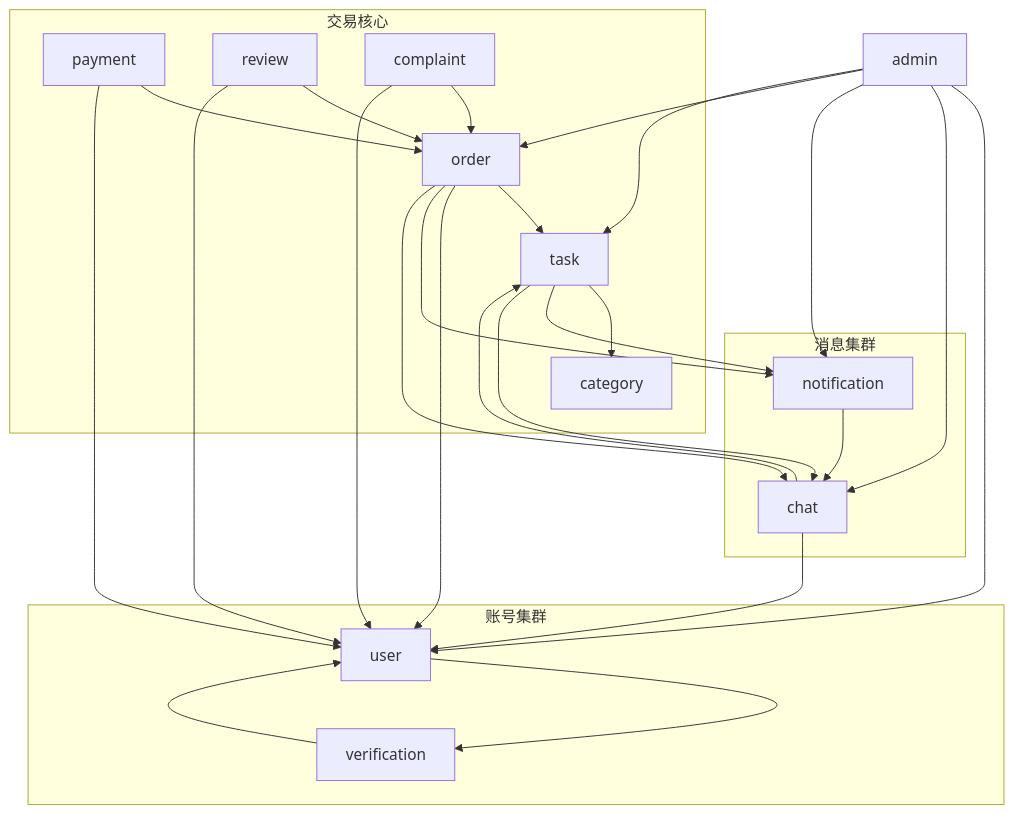
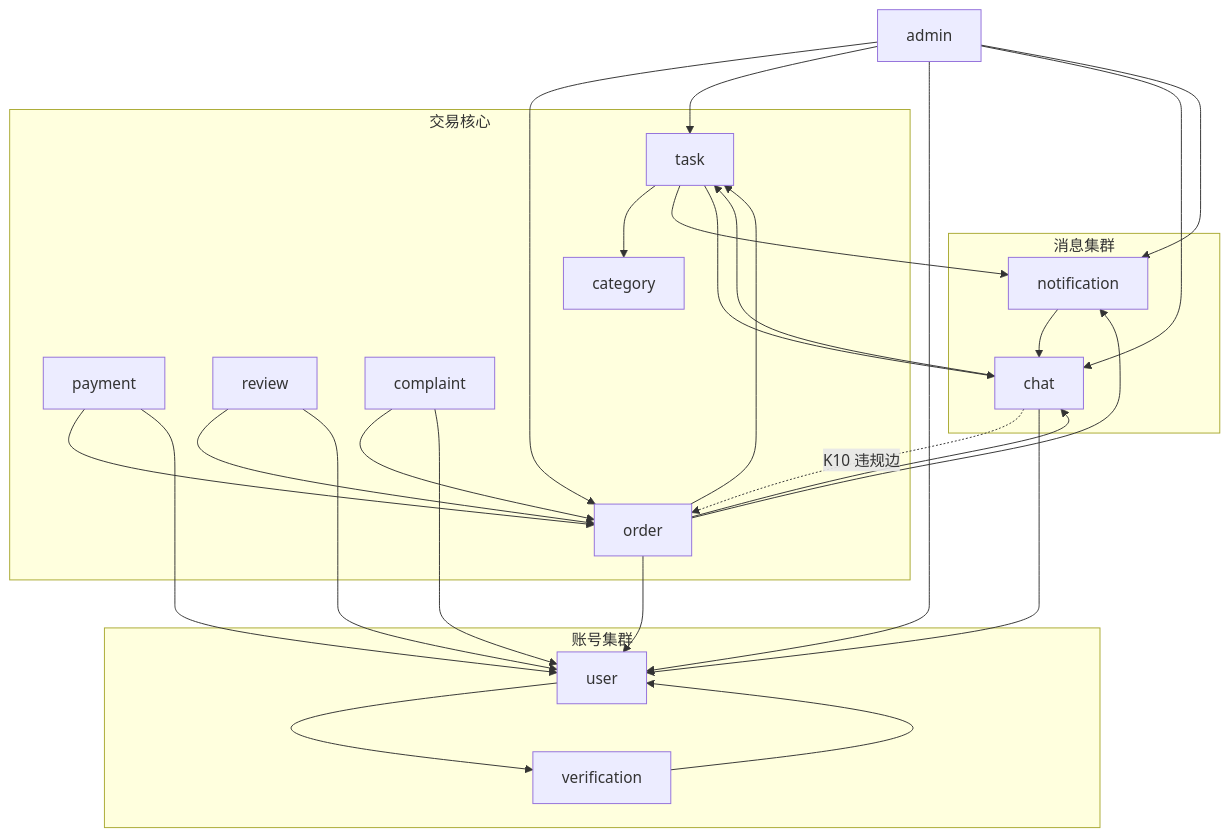
The diagram in docs/Engineer/架构文档.md (KasuAri27/CampusHub), drawn with Mermaid before and after one commit. The commit also changed other lines of this file and 1 other file, not shown here.

Commit message:
docs: 写入解耦契约修订

````diff
--- a/docs/Engineer/架构文档.md
+++ b/docs/Engineer/架构文档.md
@@ -62,32 +62,33 @@
 ```mermaid
 graph TD
   subgraph 交易核心
     task --> category
     order --> task
     payment --> order
     review --> order
     complaint --> order
   end
   subgraph 消息集群
     notification --> chat
   end
   subgraph 账号集群
     user --> verification
     verification --> user
   end
   order --> user
   order --> notification
   order --> chat
   task --> notification
   task --> chat
   payment --> user
   review --> user
   complaint --> user
   chat --> task
+  chat -.->|K10 违规边| order
   chat --> user
   admin --> order
   admin --> task
   admin --> user
   admin --> chat
   admin --> notification
 ```
````
